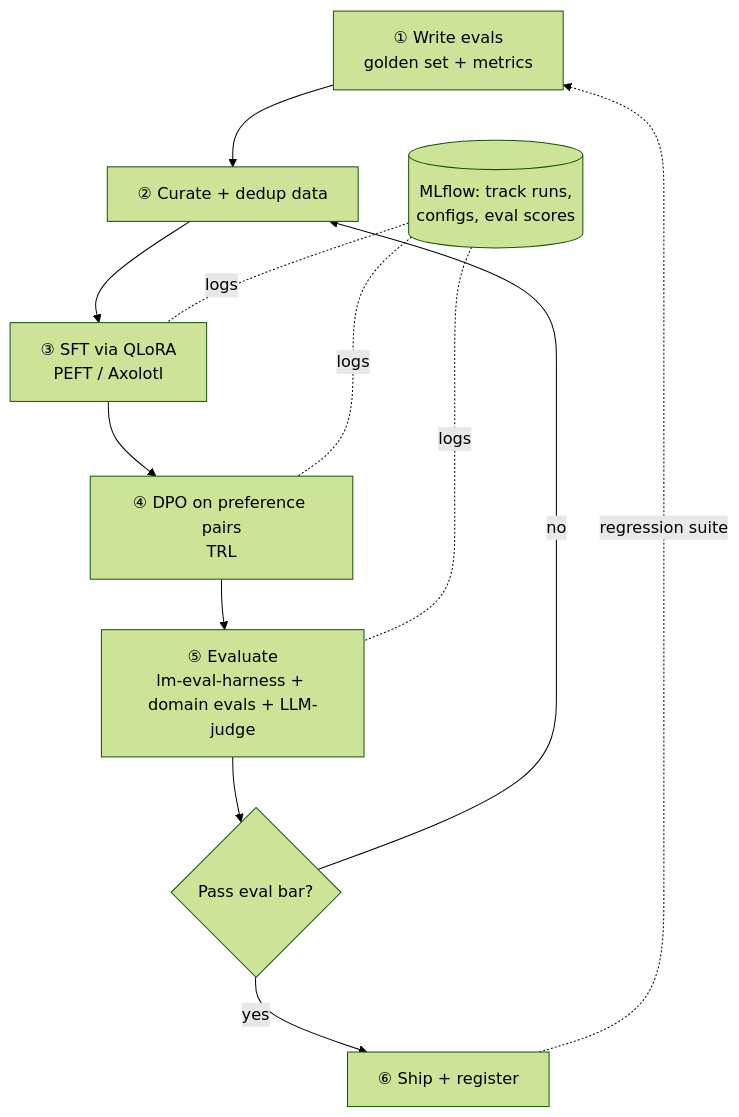
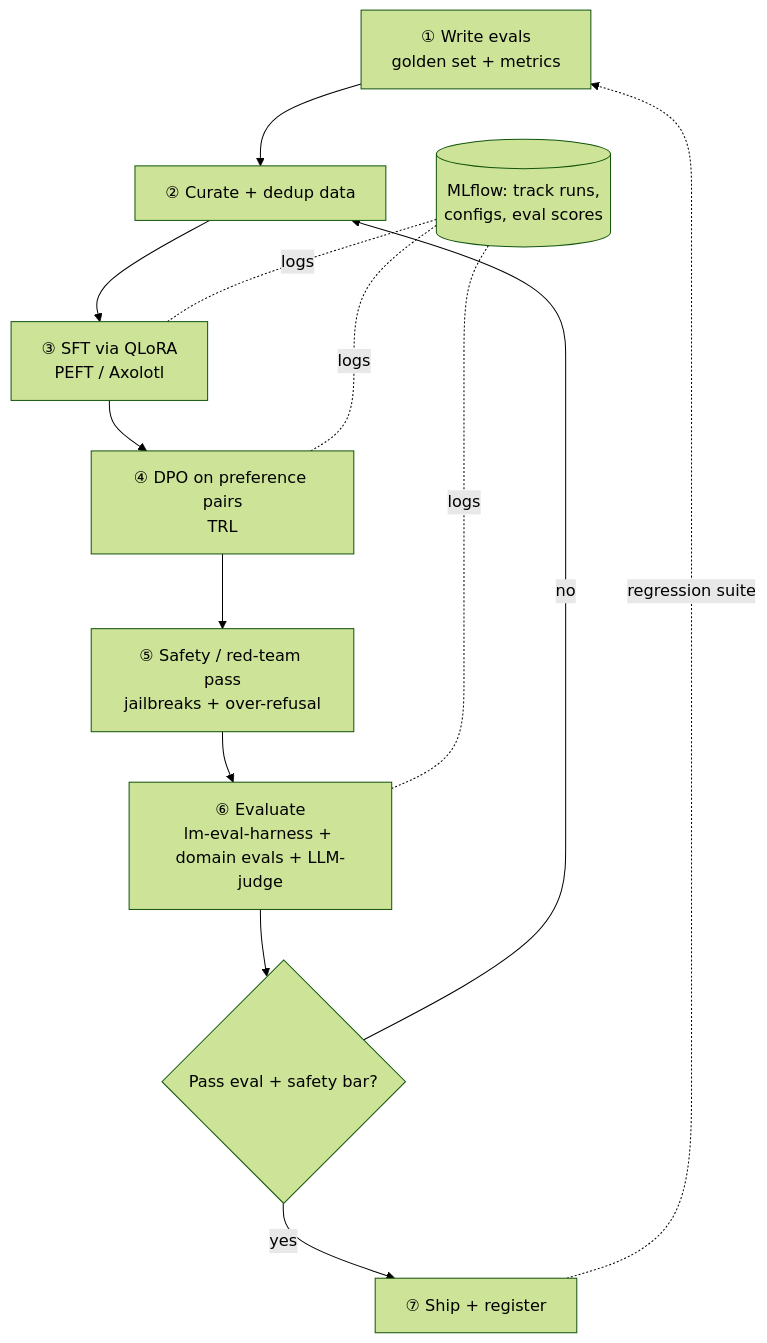
The sixth of 6 diagrams in ai-ml-encyclopedia/ch46.qmd (kader-xai/kader-xai.github.io), drawn with Mermaid (forest theme) before and after one commit. The commit also changed other lines of this file and 33 other files, not shown here.

````diff
--- a/ai-ml-encyclopedia/ch46.qmd
+++ b/ai-ml-encyclopedia/ch46.qmd
@@ -333,14 +562,15 @@
 ```{mermaid}
 flowchart TD
     EV[① Write evals<br/>golden set + metrics] --> D[② Curate + dedup data]
     D --> SFT[③ SFT via QLoRA<br/>PEFT / Axolotl]
     SFT --> DPO[④ DPO on preference pairs<br/>TRL]
-    DPO --> E[⑤ Evaluate<br/>lm-eval-harness + domain evals + LLM-judge]
-    E --> CHK{Pass eval bar?}
+    DPO --> SAFE[⑤ Safety / red-team pass<br/>jailbreaks + over-refusal]
+    SAFE --> E[⑥ Evaluate<br/>lm-eval-harness + domain evals + LLM-judge]
+    E --> CHK{Pass eval + safety bar?}
     CHK -->|no| D
-    CHK -->|yes| SHIP[⑥ Ship + register]
+    CHK -->|yes| SHIP[⑦ Ship + register]
     SHIP -.regression suite.-> EV
     ML[(MLflow: track runs,<br/>configs, eval scores)] -.logs.- SFT
     ML -.logs.- DPO
     ML -.logs.- E
 ```
````
